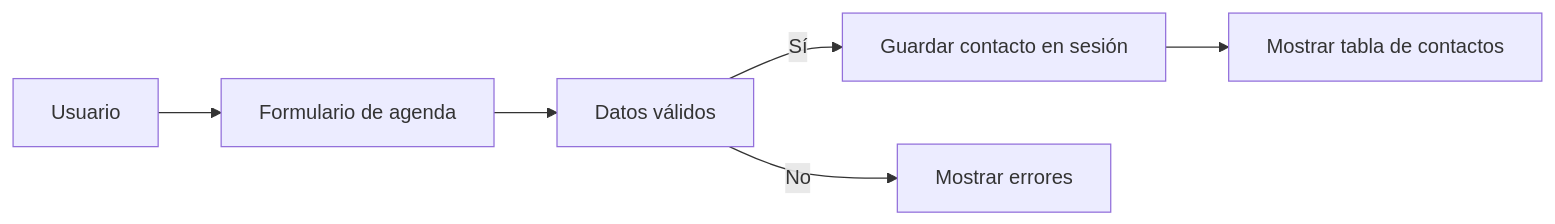
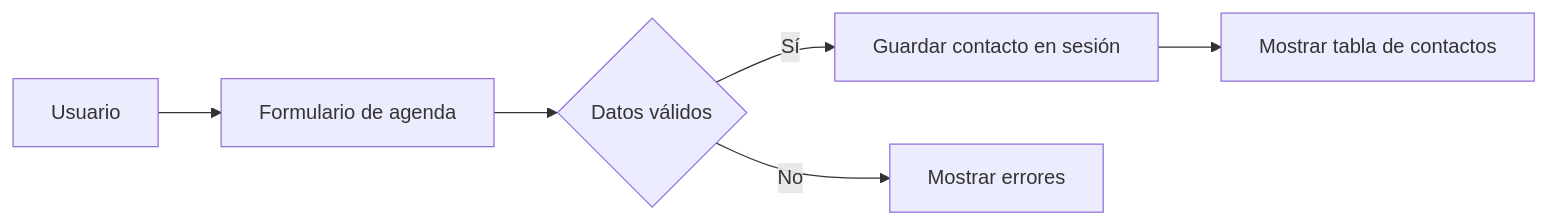
Before and after one commit to govedev/entorno-tarea-markdown: the diagram in README.md, drawn with Mermaid. The commit also changed other lines of this file and 11 other files, not shown here.

````diff
--- a/README.md
+++ b/README.md
@@ -64,8 +72,8 @@
 ```mermaid
 flowchart LR
     A[Usuario] --> B[Formulario de agenda]
-    B --> C[Datos válidos]
+    B --> C{Datos válidos}
     C -->|Sí| D[Guardar contacto en sesión]
     D --> E[Mostrar tabla de contactos]
     C -->|No| F[Mostrar errores]
 ```
````
